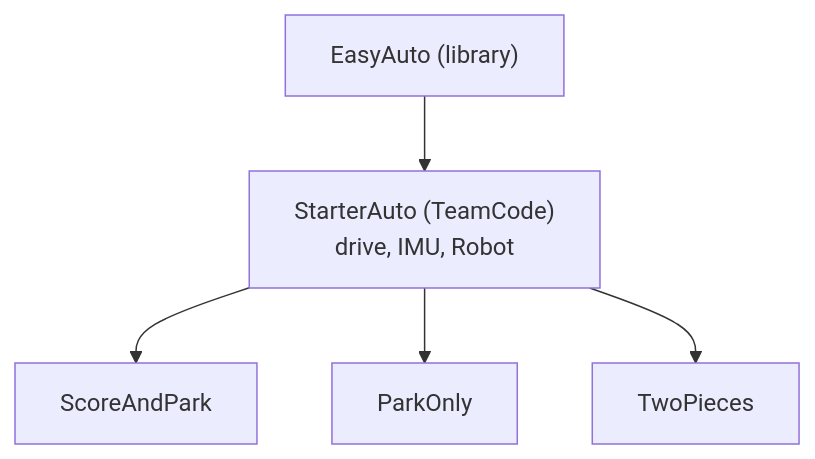
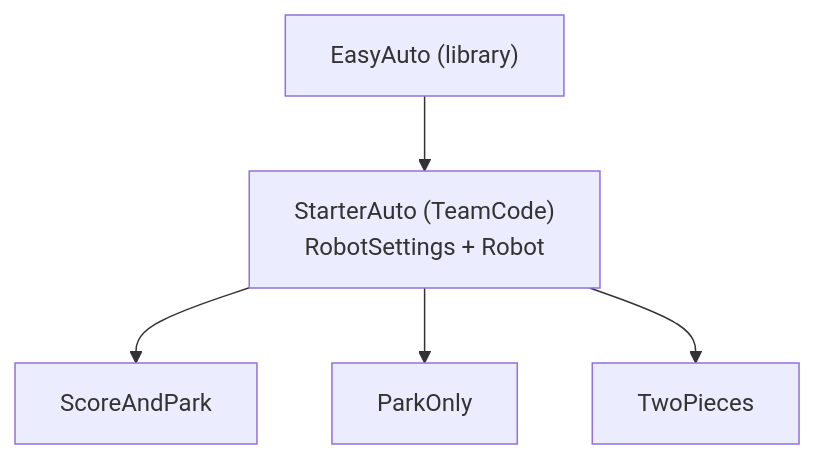
Before and after one commit to crossbotics/ftc-helper-lib: the second of 2 diagrams in docs/guides/easy-autos.md, drawn with Mermaid. The commit also changed 27 other files, not shown here.

First line of the commit message:
EasyTeleOp, RobotConfig and DriverControls; starter kit and tutorial 20 on them

````diff
--- a/docs/guides/easy-autos.md
+++ b/docs/guides/easy-autos.md
@@ -45,7 +45,7 @@
 ```mermaid
 flowchart TB
-    E["EasyAuto (library)"] --> S["StarterAuto (TeamCode)<br/>drive, IMU, Robot"]
+    E["EasyAuto (library)"] --> S["StarterAuto (TeamCode)<br/>RobotSettings + Robot"]
     S --> A1["ScoreAndPark"]
     S --> A2["ParkOnly"]
     S --> A3["TwoPieces"]
 ```
````
